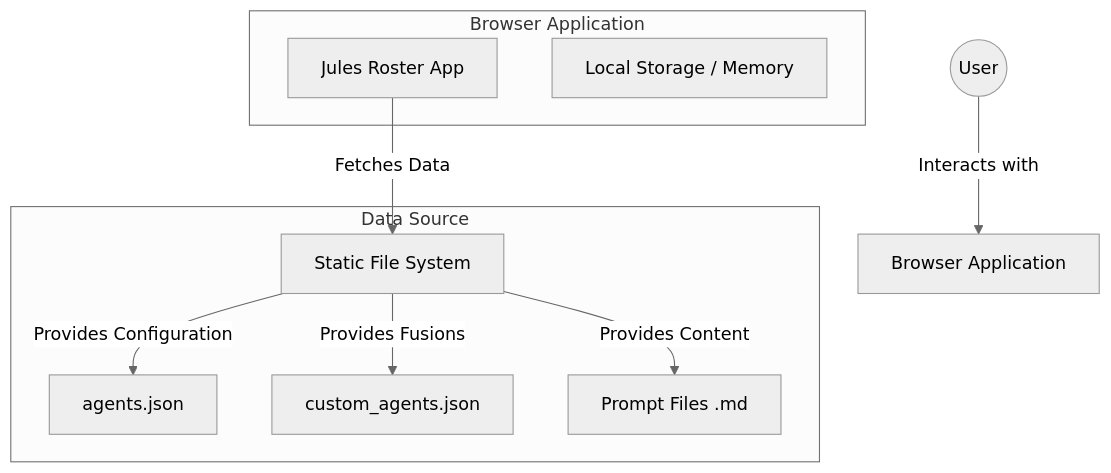
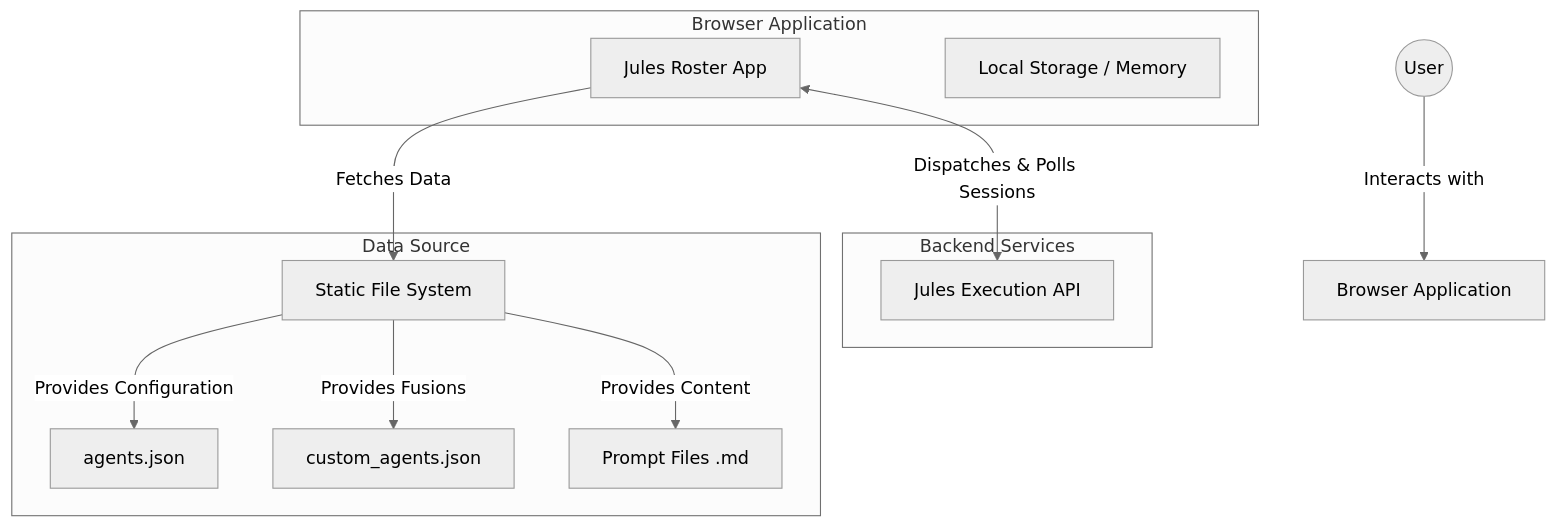
Before and after one commit to ekayaprod/jules-agent-roster: the first of 3 diagrams in ARCHITECTURE.md, drawn with Mermaid (neutral theme). The commit also changed other lines of this file and 2 other files, not shown here.

Commit message:
📘 Author: [Synthesized Outdated Architecture Blueprint]

````diff
--- a/ARCHITECTURE.md
+++ b/ARCHITECTURE.md
@@ -7,21 +11,26 @@
 ```mermaid
 graph TD;
     User((User)) -->|Interacts with| Browser[Browser Application];
 
     subgraph Browser Application
         App[Jules Roster App];
         Store[Local Storage / Memory];
     end
 
     subgraph Data Source
         FileSystem[Static File System];
         AgentsJSON[agents.json];
         CustomAgentsJSON[custom_agents.json];
         Prompts[Prompt Files .md];
     end
 
+    subgraph Backend Services
+        JulesAPI[Jules Execution API];
+    end
+
     App -->|Fetches Data| FileSystem;
     FileSystem -->|Provides Configuration| AgentsJSON;
     FileSystem -->|Provides Fusions| CustomAgentsJSON;
     FileSystem -->|Provides Content| Prompts;
+    App <-->|Dispatches & Polls Sessions| JulesAPI;
 ```
````
